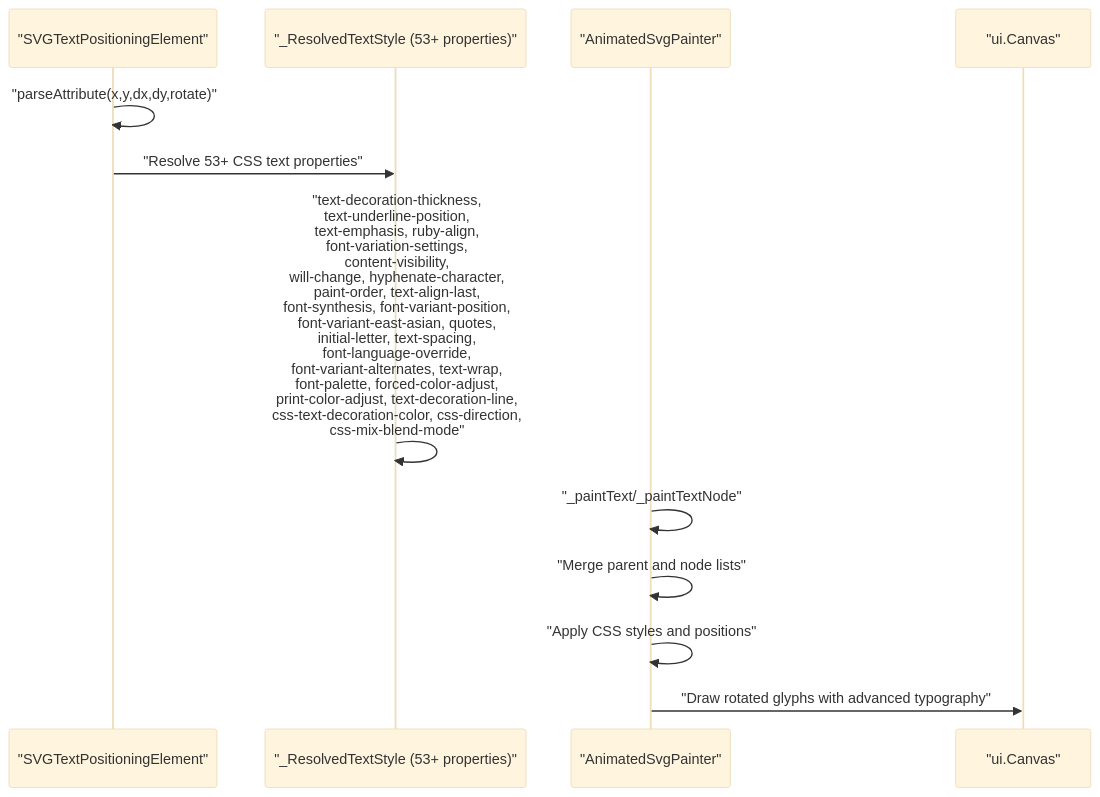
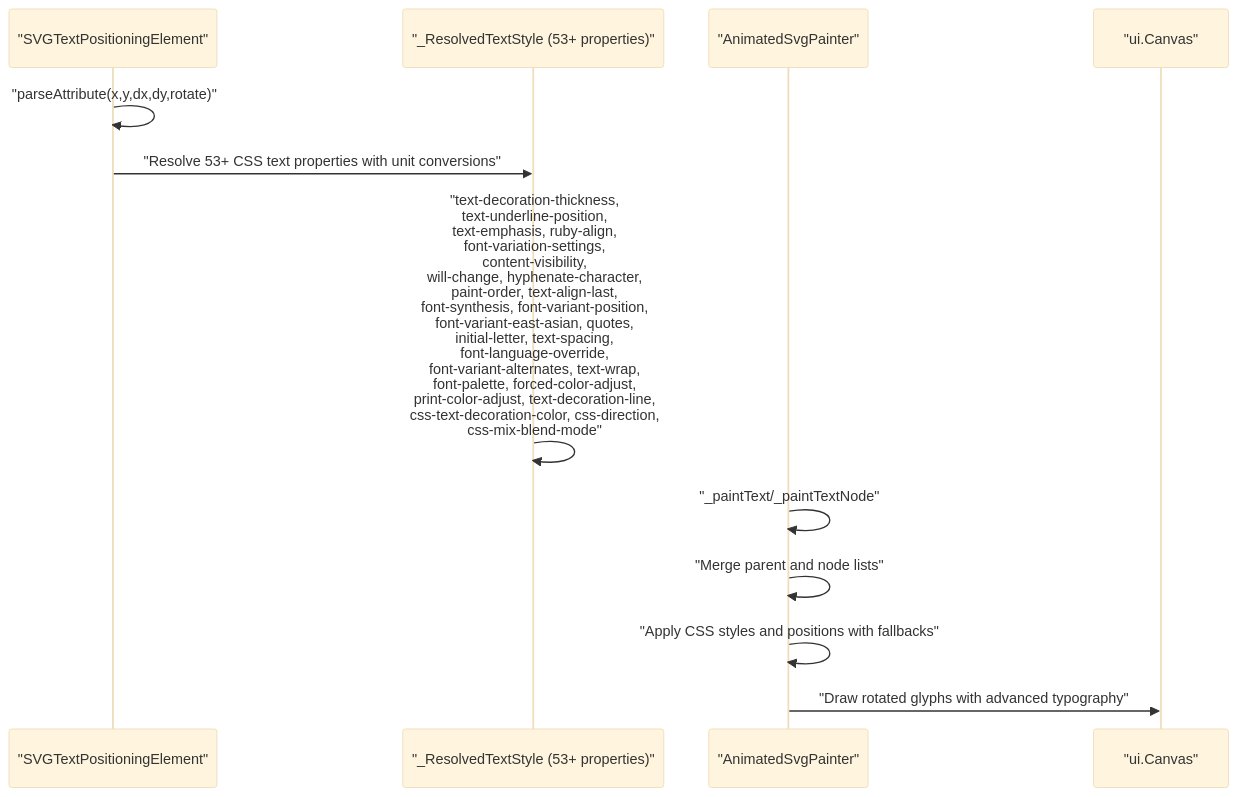
Before and after one commit to denisnadey/flutter_full_svg_support: the second of 5 diagrams in .qoder/repowiki/en/content/Animated SVG Support/Text Positioning Attributes.md, drawn with Mermaid (base theme). The commit also changed other lines of this file and 30 other files, not shown here.

````diff
--- a/.qoder/repowiki/en/content/Animated SVG Support/Text Positioning Attributes.md
+++ b/.qoder/repowiki/en/content/Animated SVG Support/Text Positioning Attributes.md
@@ -121,14 +123,14 @@
 ```mermaid
 sequenceDiagram
 participant Parser as "SVGTextPositioningElement"
 participant CSSResolver as "_ResolvedTextStyle (53+ properties)"
 participant Renderer as "AnimatedSvgPainter"
 participant Canvas as "ui.Canvas"
 Parser->>Parser : "parseAttribute(x,y,dx,dy,rotate)"
-Parser->>CSSResolver : "Resolve 53+ CSS text properties"
+Parser->>CSSResolver : "Resolve 53+ CSS text properties with unit conversions"
 CSSResolver->>CSSResolver : "text-decoration-thickness,<br/>text-underline-position,<br/>text-emphasis, ruby-align,<br/>font-variation-settings,<br/>content-visibility,<br/>will-change, hyphenate-character,<br/>paint-order, text-align-last,<br/>font-synthesis, font-variant-position,<br/>font-variant-east-asian, quotes,<br/>initial-letter, text-spacing,<br/>font-language-override,<br/>font-variant-alternates, text-wrap,<br/>font-palette, forced-color-adjust,<br/>print-color-adjust, text-decoration-line,<br/>css-text-decoration-color, css-direction,<br/>css-mix-blend-mode"
 Renderer->>Renderer : "_paintText/_paintTextNode"
 Renderer->>Renderer : "Merge parent and node lists"
-Renderer->>Renderer : "Apply CSS styles and positions"
+Renderer->>Renderer : "Apply CSS styles and positions with fallbacks"
 Renderer->>Canvas : "Draw rotated glyphs with advanced typography"
 ```
````
